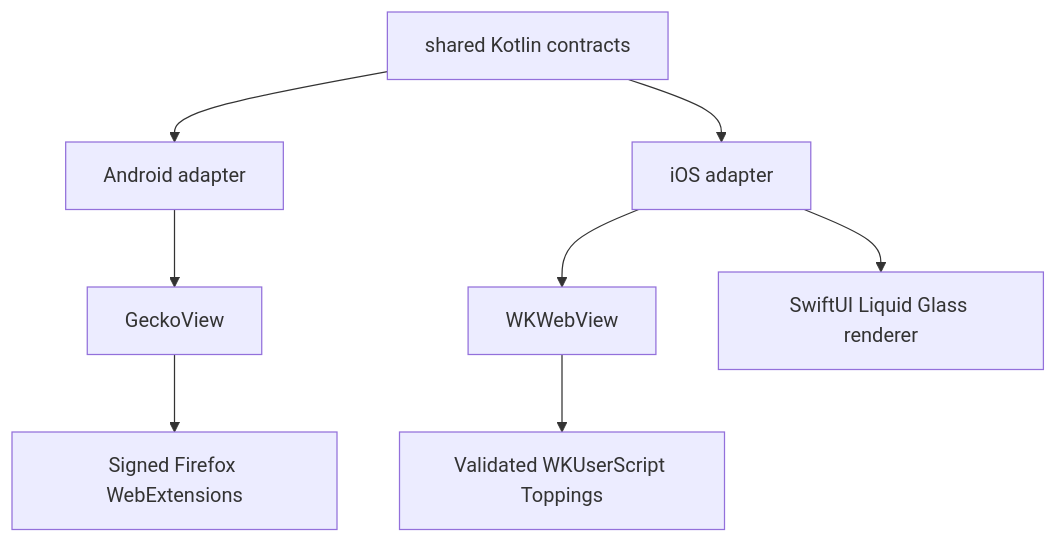
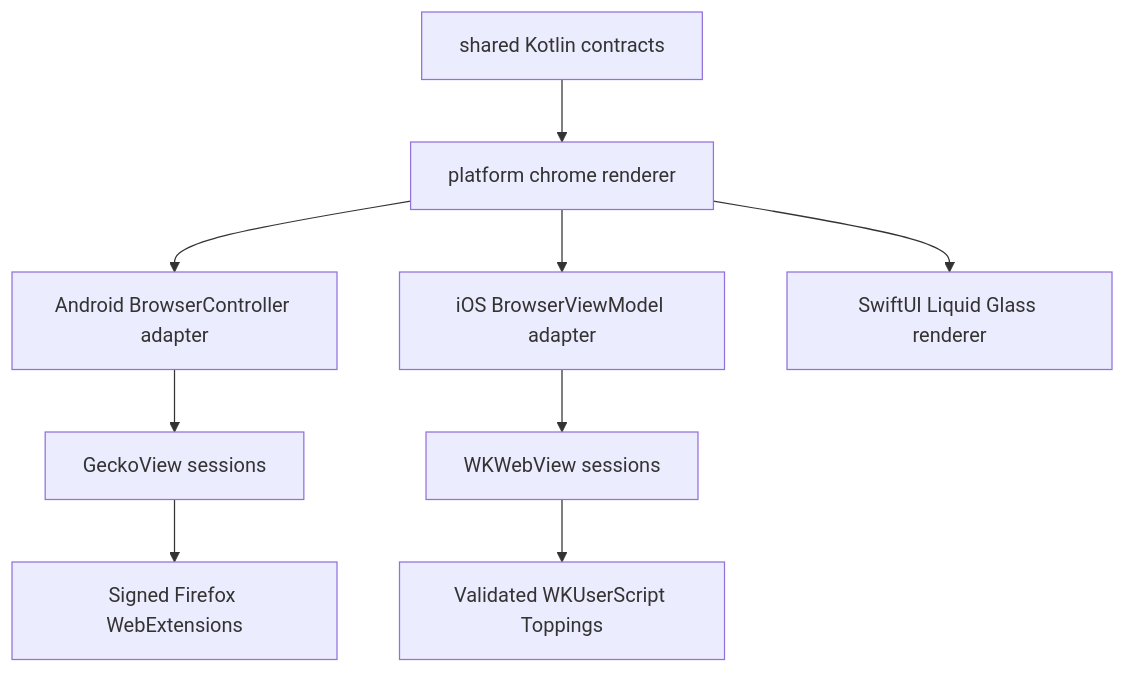
One commit to sk2andy/candy-browser changed the diagram in docs/browsing/platform-engines.md. Above: the diagram before and after it, drawn with Mermaid. The commit also changed other lines of this file and 102 other files, not shown here.

First line of the commit message:
feat(browser): Add shared Gecko and WebKit platform engines

````diff
--- a/docs/browsing/platform-engines.md
+++ b/docs/browsing/platform-engines.md
@@ -6,10 +6,11 @@
 ```mermaid
 flowchart TD
-    K[shared Kotlin contracts] --> A[Android adapter]
-    K --> I[iOS adapter]
-    A --> G[GeckoView]
+    K[shared Kotlin contracts] --> C[platform chrome renderer]
+    C --> A[Android BrowserController adapter]
+    C --> I[iOS BrowserViewModel adapter]
+    A --> G[GeckoView sessions]
     G --> X[Signed Firefox WebExtensions]
-    I --> W[WKWebView]
+    I --> W[WKWebView sessions]
     W --> T[Validated WKUserScript Toppings]
-    I --> L[SwiftUI Liquid Glass renderer]
+    C --> L[SwiftUI Liquid Glass renderer]
 ```
````
